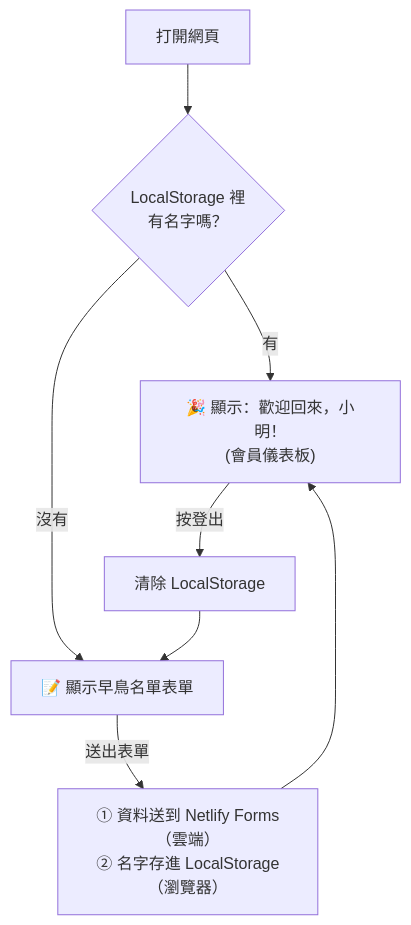
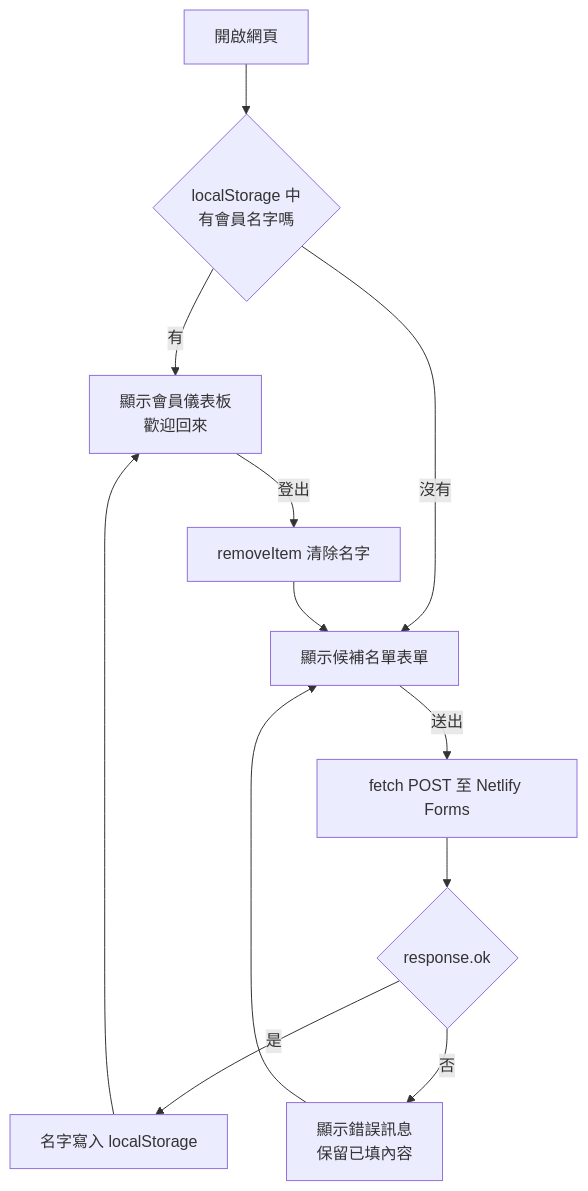
One commit to cychiang-ntpu/VibeNTPU changed the diagram in docs/tutorials/localstorage.md. Above: the diagram before and after it, drawn with Mermaid. The commit also changed other lines of this file and 43 other files, not shown here.

````diff
--- a/docs/tutorials/localstorage.md
+++ b/docs/tutorials/localstorage.md
@@ -46,10 +105,14 @@
 ```mermaid
 flowchart TD
-    A["打開網頁"] --> B{"LocalStorage 裡<br/>有名字嗎？"}
-    B -- 有 --> C["🎉 顯示：歡迎回來，小明！<br/>(會員儀表板)"]
-    B -- 沒有 --> D["📝 顯示早鳥名單表單"]
-    D -- "送出表單" --> E["① 資料送到 Netlify Forms（雲端）<br/>② 名字存進 LocalStorage（瀏覽器）"]
-    E --> C
-    C -- "按登出" --> F["清除 LocalStorage"]
-    F --> D
+    A["開啟網頁"] --> B{"localStorage 中<br/>有會員名字嗎"}
+    B -- "有" --> C["顯示會員儀表板<br/>歡迎回來"]
+    B -- "沒有" --> D["顯示候補名單表單"]
+    D -- "送出" --> E["fetch POST 至 Netlify Forms"]
+    E --> F{"response.ok"}
+    F -- "是" --> G["名字寫入 localStorage"]
+    G --> C
+    F -- "否" --> H["顯示錯誤訊息<br/>保留已填內容"]
+    H --> D
+    C -- "登出" --> I["removeItem 清除名字"]
+    I --> D
 ```
````
